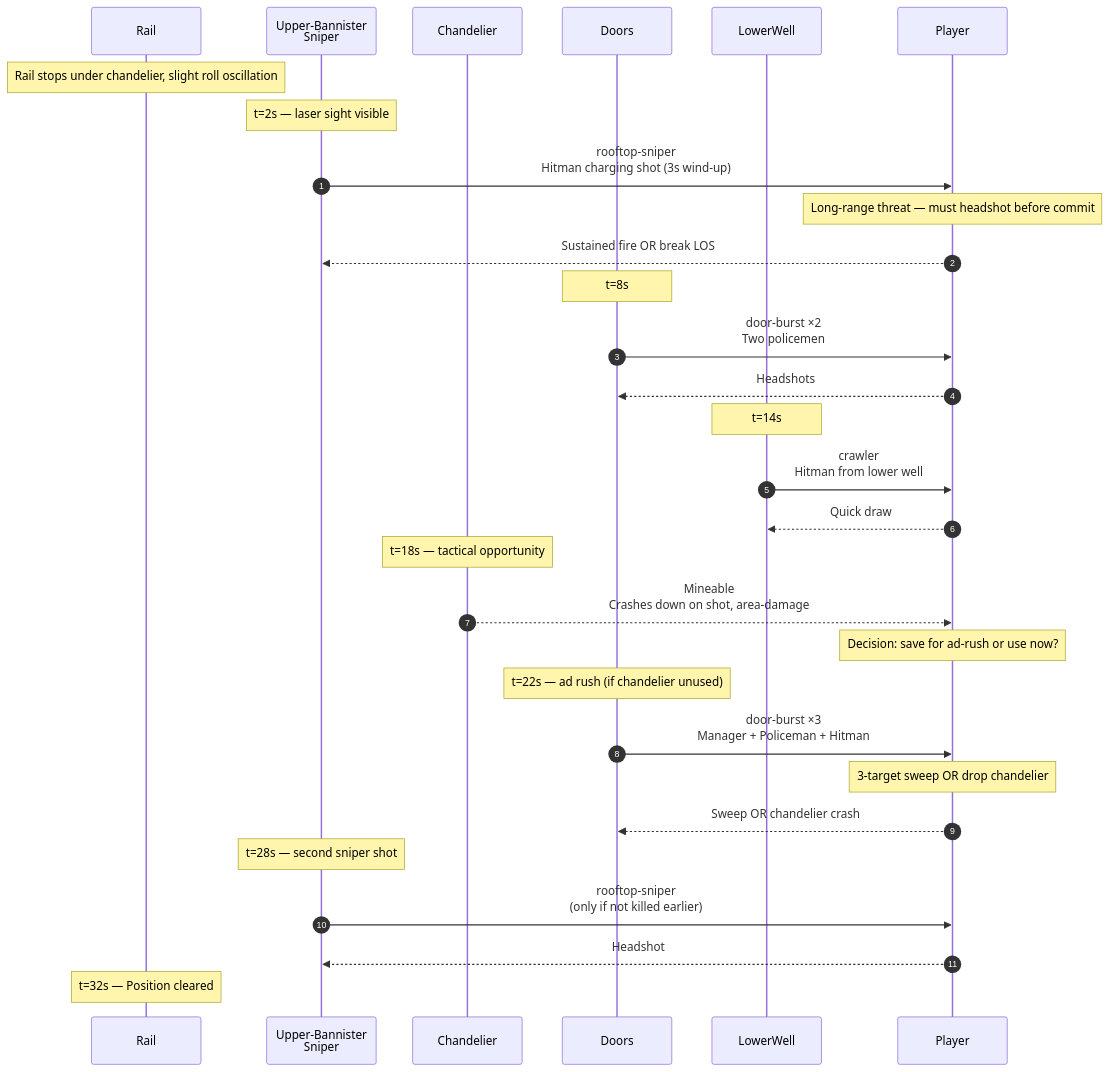
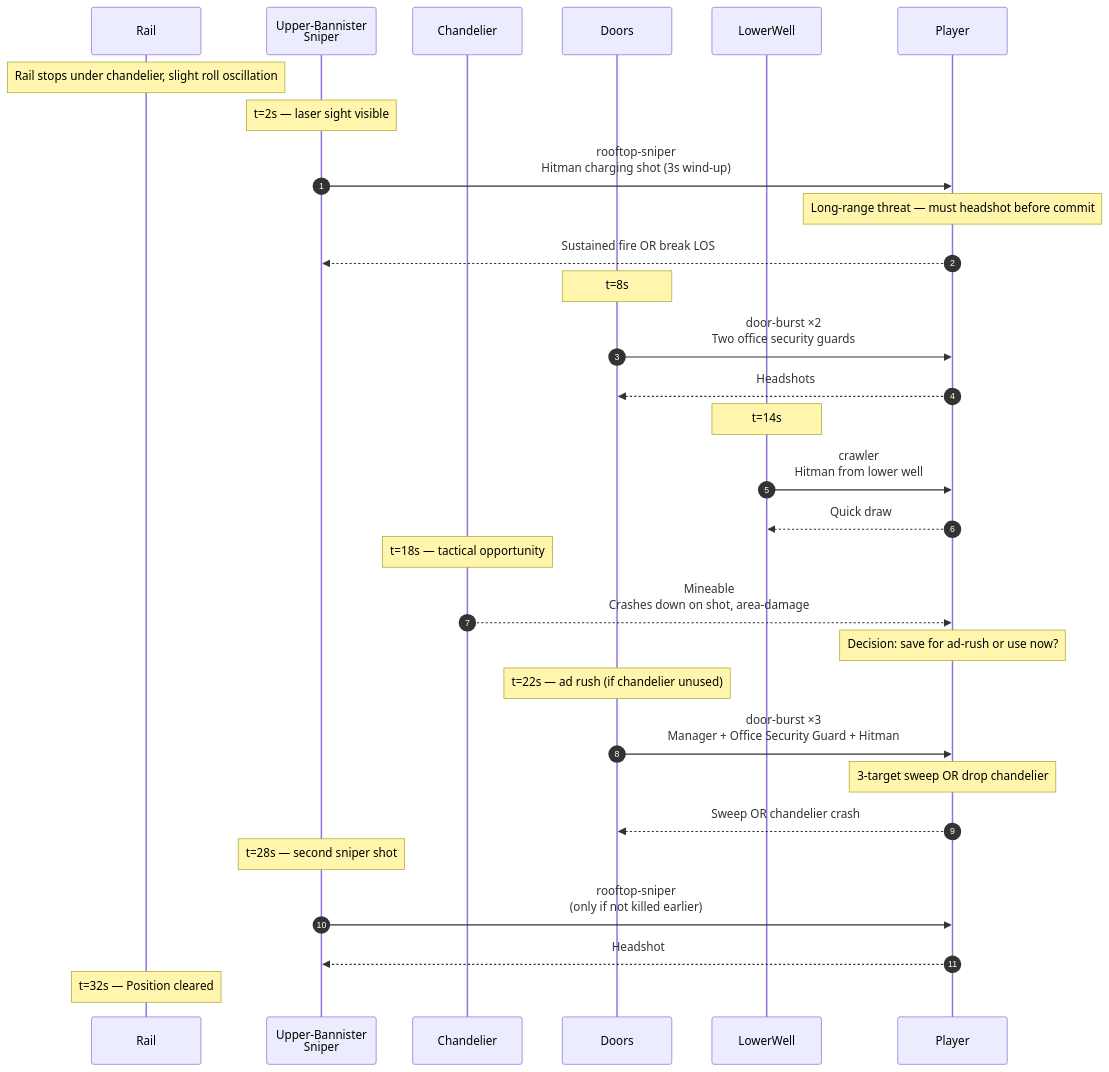
Before and after one commit to arcade-cabinet/department-of-redundancy-department: the fourth of 4 diagrams in docs/spec/levels/06-stairway-C.md, drawn with Mermaid. The commit also changed other lines of this file and 14 other files, not shown here.

First line of the commit message:
refactor(lore): repurpose policeman → office security guard, swat → head of security

````diff
--- a/docs/spec/levels/06-stairway-C.md
+++ b/docs/spec/levels/06-stairway-C.md
@@ -177,40 +177,40 @@
 ```mermaid
 sequenceDiagram
     autonumber
     participant Rail
     participant Sniper as Upper-Bannister<br/>Sniper
     participant Chandelier
     participant Doors
     participant LowerWell
     participant Player
 
     Note over Rail: Rail stops under chandelier, slight roll oscillation
 
     Note over Sniper: t=2s — laser sight visible
     Sniper->>Player: rooftop-sniper<br/>Hitman charging shot (3s wind-up)
     Note over Player: Long-range threat — must headshot before commit
     Player-->>Sniper: Sustained fire OR break LOS
 
     Note over Doors: t=8s
-    Doors->>Player: door-burst ×2<br/>Two policemen
+    Doors->>Player: door-burst ×2<br/>Two office security guards
     Player-->>Doors: Headshots
 
     Note over LowerWell: t=14s
     LowerWell->>Player: crawler<br/>Hitman from lower well
     Player-->>LowerWell: Quick draw
 
     Note over Chandelier: t=18s — tactical opportunity
     Chandelier-->>Player: Mineable<br/>Crashes down on shot, area-damage
     Note over Player: Decision: save for ad-rush or use now?
 
     Note over Doors: t=22s — ad rush (if chandelier unused)
-    Doors->>Player: door-burst ×3<br/>Manager + Policeman + Hitman
+    Doors->>Player: door-burst ×3<br/>Manager + Office Security Guard + Hitman
     Note over Player: 3-target sweep OR drop chandelier
     Player-->>Doors: Sweep OR chandelier crash
 
     Note over Sniper: t=28s — second sniper shot
     Sniper->>Player: rooftop-sniper<br/>(only if not killed earlier)
     Player-->>Sniper: Headshot
 
     Note over Rail: t=32s — Position cleared
 ```
````
